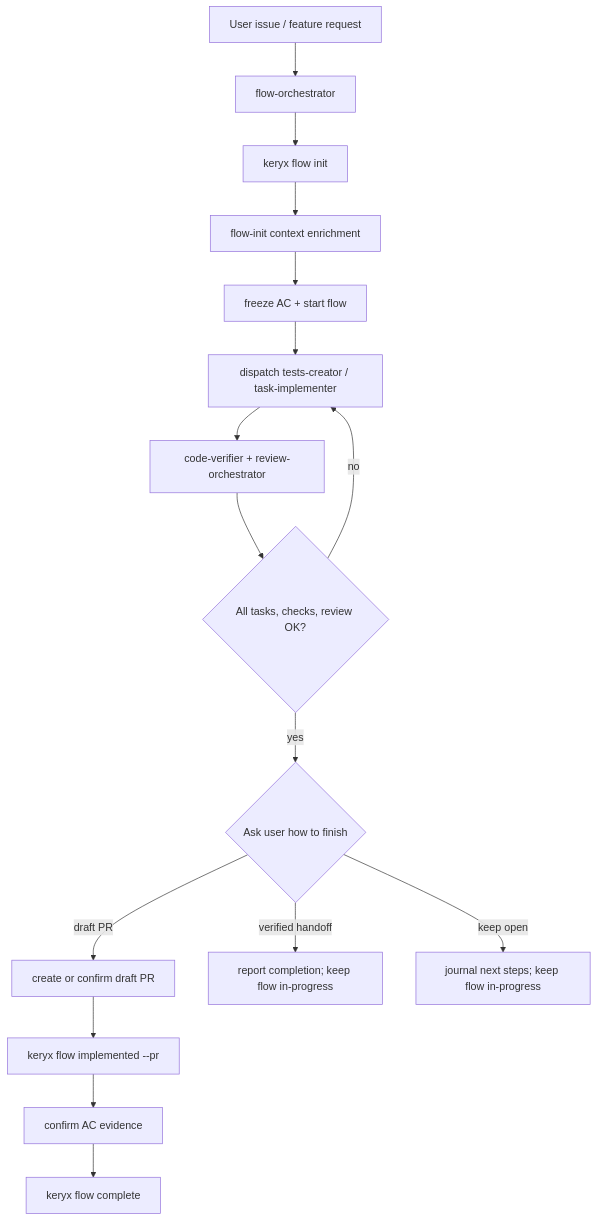
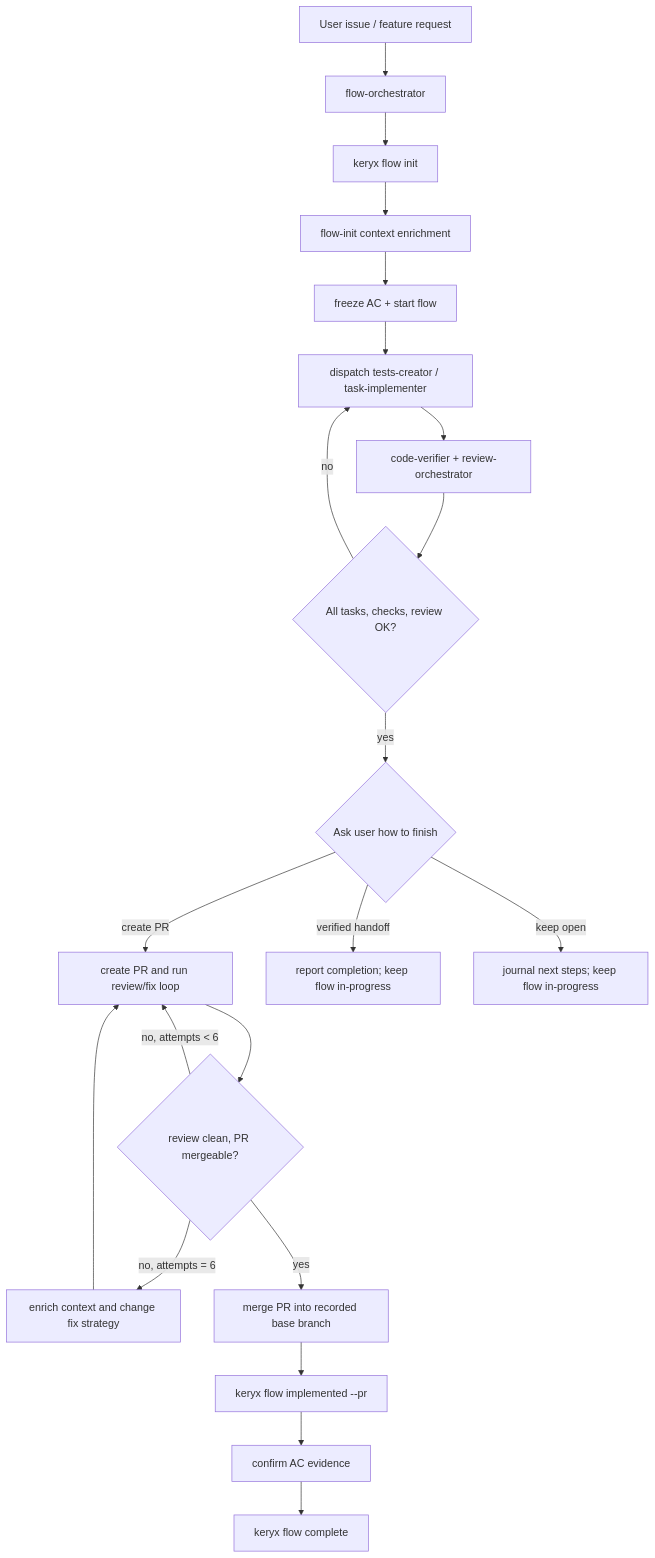
Before and after one commit to MrCipherSmith/keryx: the diagram in .metaproject/skills/gdskills/orchestration/flow-orchestrator/SKILL.md, drawn with Mermaid. The commit also changed other lines of this file and 2 other files, not shown here.

Commit message:
feat(flow): require reviewed merged PR before completion

````diff
--- a/.metaproject/skills/gdskills/orchestration/flow-orchestrator/SKILL.md
+++ b/.metaproject/skills/gdskills/orchestration/flow-orchestrator/SKILL.md
@@ -73,18 +73,23 @@
 ```mermaid
 flowchart TD
   A["User issue / feature request"] --> B["flow-orchestrator"]
   B --> C["keryx flow init"]
   C --> D["flow-init context enrichment"]
   D --> E["freeze AC + start flow"]
   E --> F["dispatch tests-creator / task-implementer"]
   F --> G["code-verifier + review-orchestrator"]
   G --> H{"All tasks, checks, review OK?"}
   H -- "no" --> F
   H -- "yes" --> I{"Ask user how to finish"}
-  I -- "draft PR" --> J["create or confirm draft PR"]
-  J --> K["keryx flow implemented --pr"]
-  K --> L["confirm AC evidence"]
-  L --> M["keryx flow complete"]
-  I -- "verified handoff" --> N["report completion; keep flow in-progress"]
-  I -- "keep open" --> O["journal next steps; keep flow in-progress"]
+  I -- "create PR" --> J["create PR and run review/fix loop"]
+  J --> K{"review clean, PR mergeable?"}
+  K -- "no, attempts < 6" --> J
+  K -- "no, attempts = 6" --> R["enrich context and change fix strategy"]
+  R --> J
+  K -- "yes" --> L["merge PR into recorded base branch"]
+  L --> M["keryx flow implemented --pr"]
+  M --> N["confirm AC evidence"]
+  N --> O["keryx flow complete"]
+  I -- "verified handoff" --> P["report completion; keep flow in-progress"]
+  I -- "keep open" --> Q["journal next steps; keep flow in-progress"]
 ```
````
